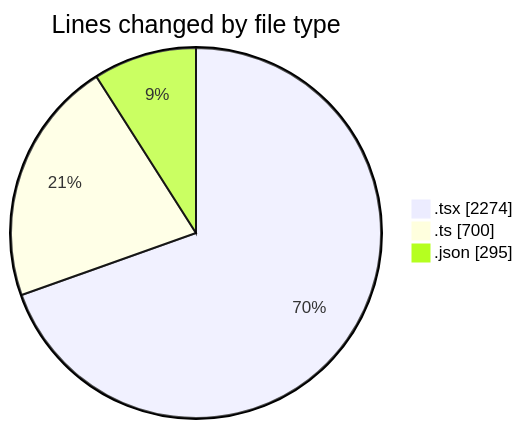
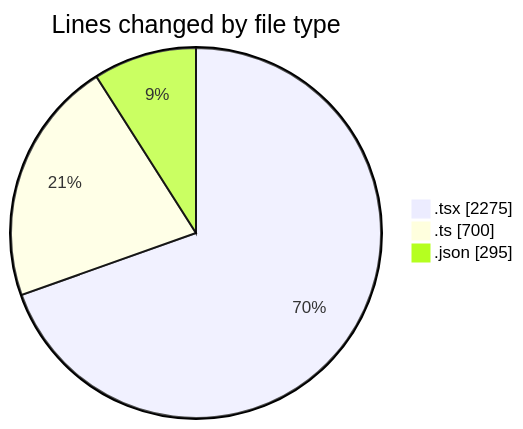
One commit to julien-gomy/code-tracking changed the first of 2 diagrams in 2025-10-09/eventscop-frontend-guide__workspace_/README.md. Above: the diagram before and after it, drawn with Mermaid. The commit also changed other lines of this file and 1 other file, not shown here.

````diff
--- a/2025-10-09/eventscop-frontend-guide__workspace_/README.md
+++ b/2025-10-09/eventscop-frontend-guide__workspace_/README.md
@@ -37,7 +37,7 @@
 ```mermaid
 pie showData
 title Lines changed by file type
-".tsx" : 2274
+".tsx" : 2275
 ".ts" : 700
 ".json" : 295
 ```
````
